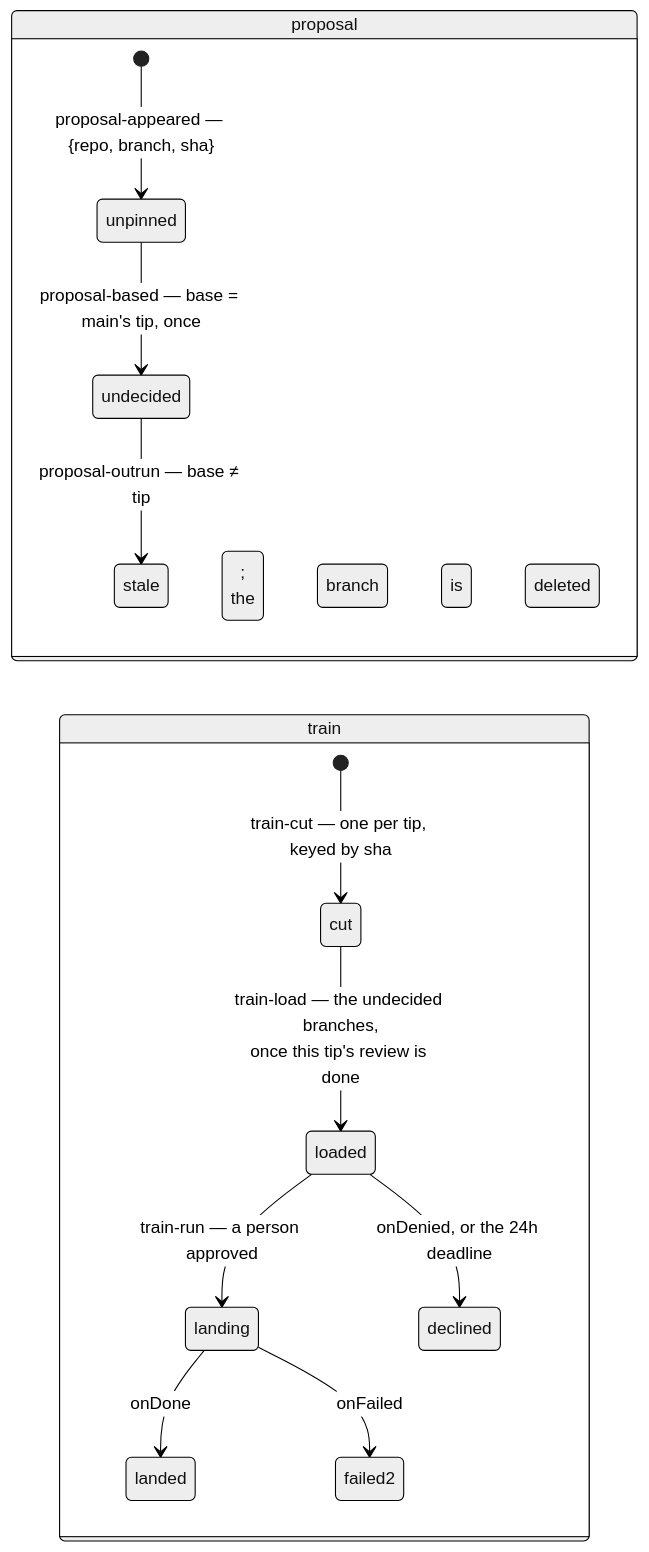
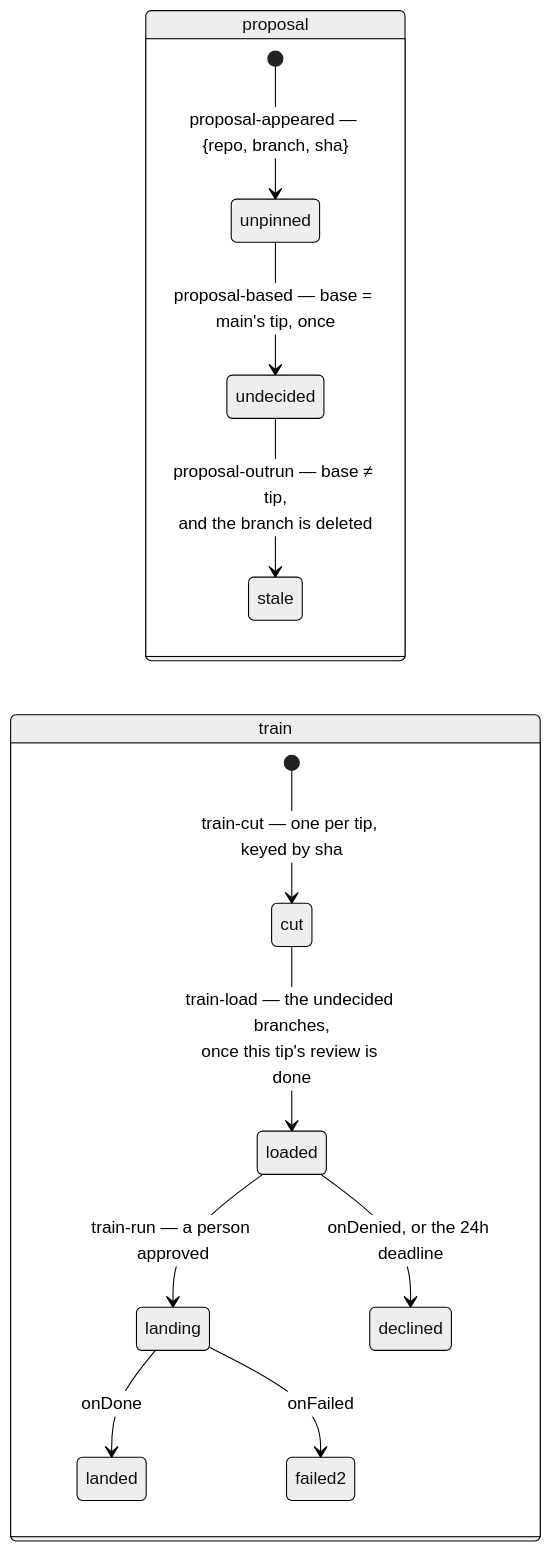
One commit to signadot/viff changed the fifth of 5 diagrams in docs/working/comment-drift-states.md. Above: the diagram before and after it, drawn with Mermaid (neutral theme). The commit also changed other lines of this file, not shown here.

First line of the commit message:
docs: a `;` in a mermaid label builds three states out of one sentence

````diff
--- a/docs/working/comment-drift-states.md
+++ b/docs/working/comment-drift-states.md
@@ -133,17 +133,17 @@
 ```mermaid
 stateDiagram-v2
     direction LR
     state "proposal" as P {
         [*] --> unpinned: proposal-appeared — {repo, branch, sha}
         unpinned --> undecided: proposal-based — base = main's tip, once
-        undecided --> stale: proposal-outrun — base ≠ tip;<br/>the branch is deleted
+        undecided --> stale: proposal-outrun — base ≠ tip,<br/>and the branch is deleted
     }
     state "train" as T {
         [*] --> cut: train-cut — one per tip, keyed by sha
         cut --> loaded: train-load — the undecided branches,<br/>once this tip's review is done
         loaded --> landing: train-run — a person approved
         landing --> landed: onDone
         landing --> failed2: onFailed
         loaded --> declined: onDenied, or the 24h deadline
     }
 ```
````
